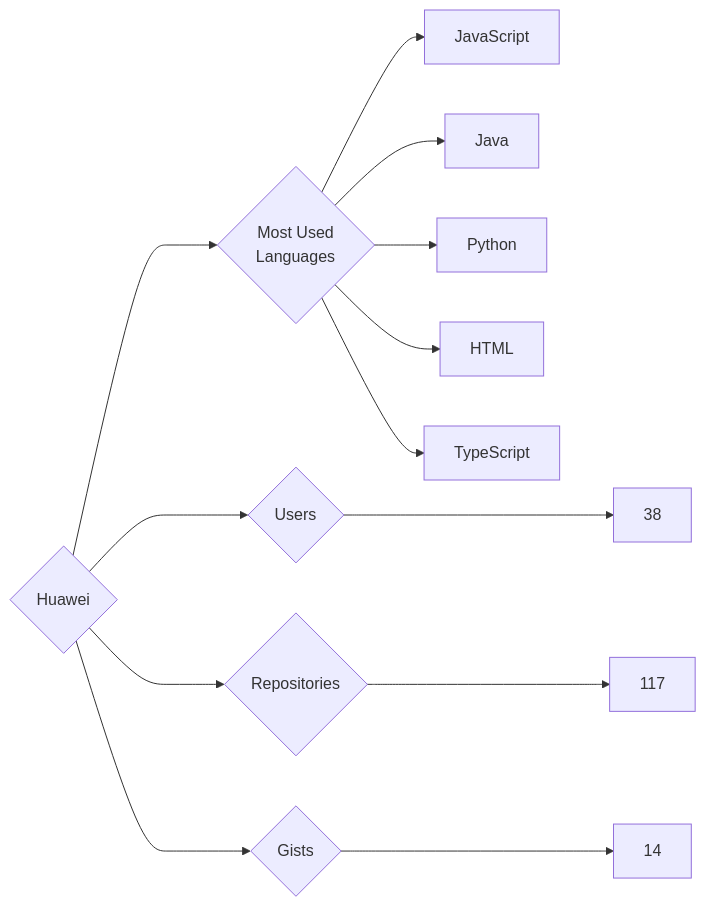
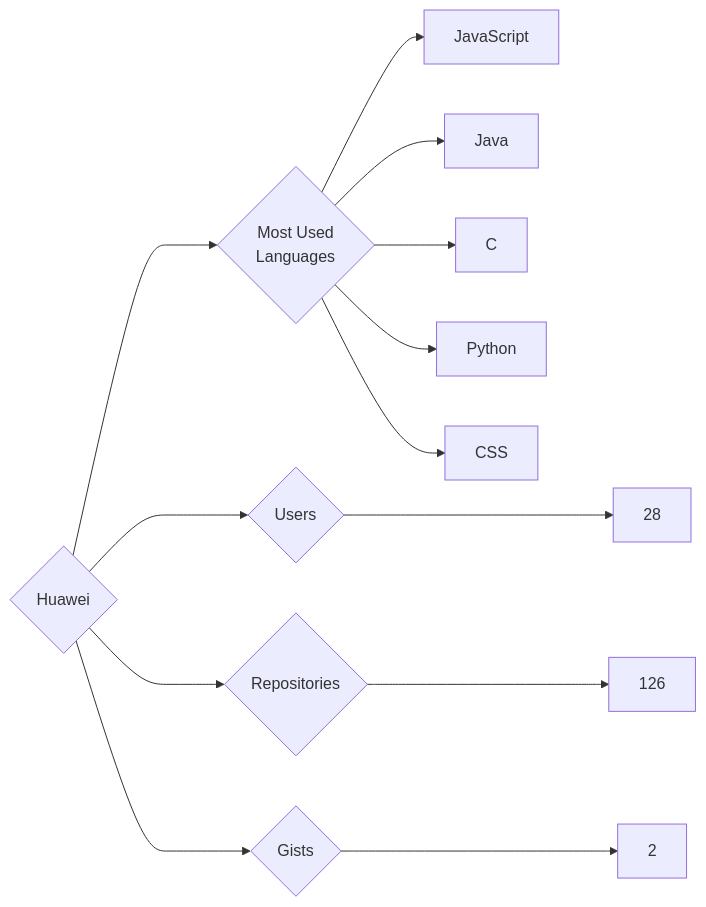
One commit to trickest/insiders changed the diagram in targets/Huawei/README.md. Above: the diagram before and after it, drawn with Mermaid. The commit also changed 657 other files, not shown here.

````diff
--- a/targets/Huawei/README.md
+++ b/targets/Huawei/README.md
@@ -3,13 +3,13 @@
 ```mermaid
 graph LR
 COMPANY_NAME{Huawei}
-COMPANY_NAME ---> U{Users} ---> UN[38]
-COMPANY_NAME ---> R{Repositories} ---> RN[117]
-COMPANY_NAME ---> G{Gists} ---> GN[14]
+COMPANY_NAME ---> U{Users} ---> UN[28]
+COMPANY_NAME ---> R{Repositories} ---> RN[126]
+COMPANY_NAME ---> G{Gists} ---> GN[2]
 COMPANY_NAME ---> ML{Most Used<br>Languages}
 ML --> JavaScript[JavaScript]
 ML --> Java[Java]
+ML --> C[C]
 ML --> Python[Python]
-ML --> HTML[HTML]
-ML --> TypeScript[TypeScript]
+ML --> CSS[CSS]
 ```
````
